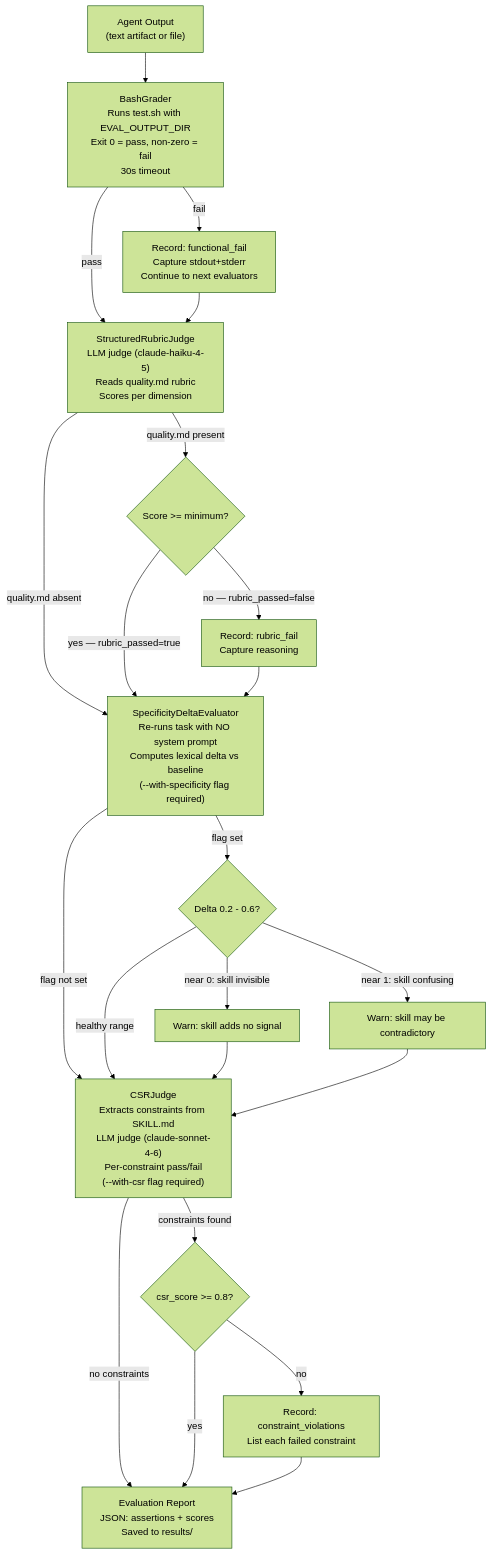
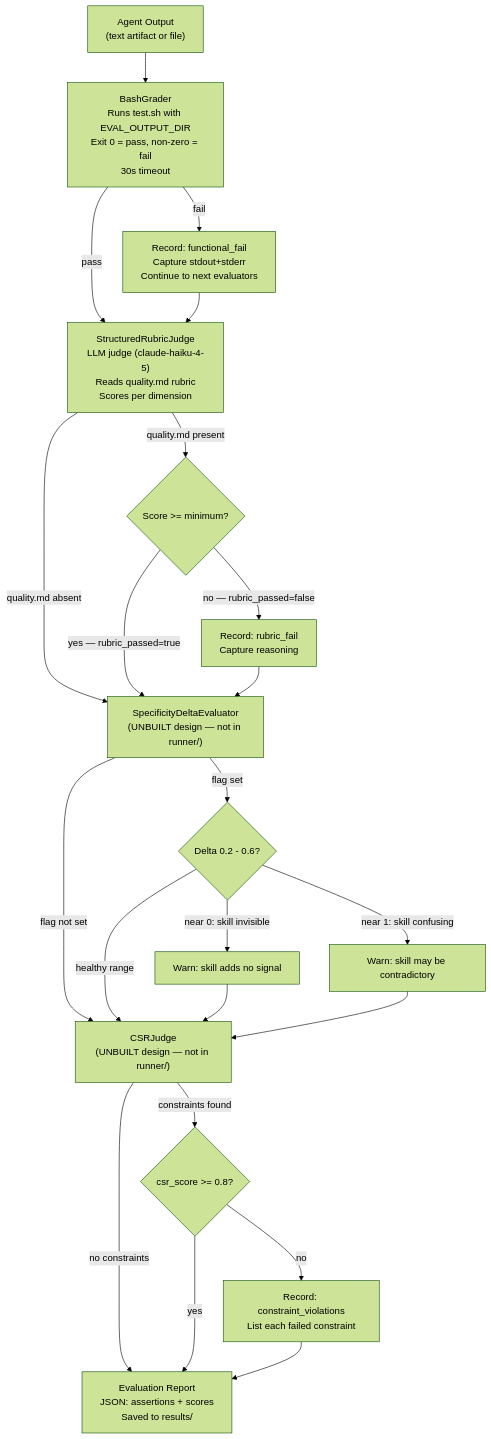
The tenth of 10 diagrams in docs/agentic-lifecycle.md (sammasak/claude-code-skills), drawn with Mermaid (forest theme) before and after one commit. The commit also changed other lines of this file and 3 other files, not shown here.

````diff
--- a/docs/agentic-lifecycle.md
+++ b/docs/agentic-lifecycle.md
@@ -514,36 +514,36 @@
 ```mermaid
 flowchart TD
     OUTPUT["Agent Output\n(text artifact or file)"]
 
     OUTPUT --> BG
 
     BG["BashGrader\nRuns test.sh with EVAL_OUTPUT_DIR\nExit 0 = pass, non-zero = fail\n30s timeout"]
     BG -->|"pass"| SRJ
     BG -->|"fail"| BG_FAIL["Record: functional_fail\nCapture stdout+stderr\nContinue to next evaluators"]
     BG_FAIL --> SRJ
 
     SRJ["StructuredRubricJudge\nLLM judge (claude-haiku-4-5)\nReads quality.md rubric\nScores per dimension"]
     SRJ -->|"quality.md present"| SRJ_SCORE{"Score >= minimum?"}
     SRJ -->|"quality.md absent"| SDE
     SRJ_SCORE -->|"yes — rubric_passed=true"| SDE
     SRJ_SCORE -->|"no — rubric_passed=false"| SRJ_FAIL["Record: rubric_fail\nCapture reasoning"]
     SRJ_FAIL --> SDE
 
-    SDE["SpecificityDeltaEvaluator\nRe-runs task with NO system prompt\nComputes lexical delta vs baseline\n(--with-specificity flag required)"]
+    SDE["SpecificityDeltaEvaluator\n(UNBUILT design — not in runner/)"]
     SDE -->|"flag set"| SDE_CHECK{"Delta 0.2 - 0.6?"}
     SDE -->|"flag not set"| CSRJ
     SDE_CHECK -->|"healthy range"| CSRJ
     SDE_CHECK -->|"near 0: skill invisible"| SDE_WARN["Warn: skill adds no signal"]
     SDE_CHECK -->|"near 1: skill confusing"| SDE_WARN2["Warn: skill may be contradictory"]
     SDE_WARN --> CSRJ
     SDE_WARN2 --> CSRJ
 
-    CSRJ["CSRJudge\nExtracts constraints from SKILL.md\nLLM judge (claude-sonnet-4-6)\nPer-constraint pass/fail\n(--with-csr flag required)"]
+    CSRJ["CSRJudge\n(UNBUILT design — not in runner/)"]
     CSRJ -->|"constraints found"| CSR_CHECK{"csr_score >= 0.8?"}
     CSRJ -->|"no constraints"| REPORT
     CSR_CHECK -->|"yes"| REPORT
     CSR_CHECK -->|"no"| CSR_FAIL["Record: constraint_violations\nList each failed constraint"]
     CSR_FAIL --> REPORT
 
     REPORT["Evaluation Report\nJSON: assertions + scores\nSaved to results/"]
 ```
````
